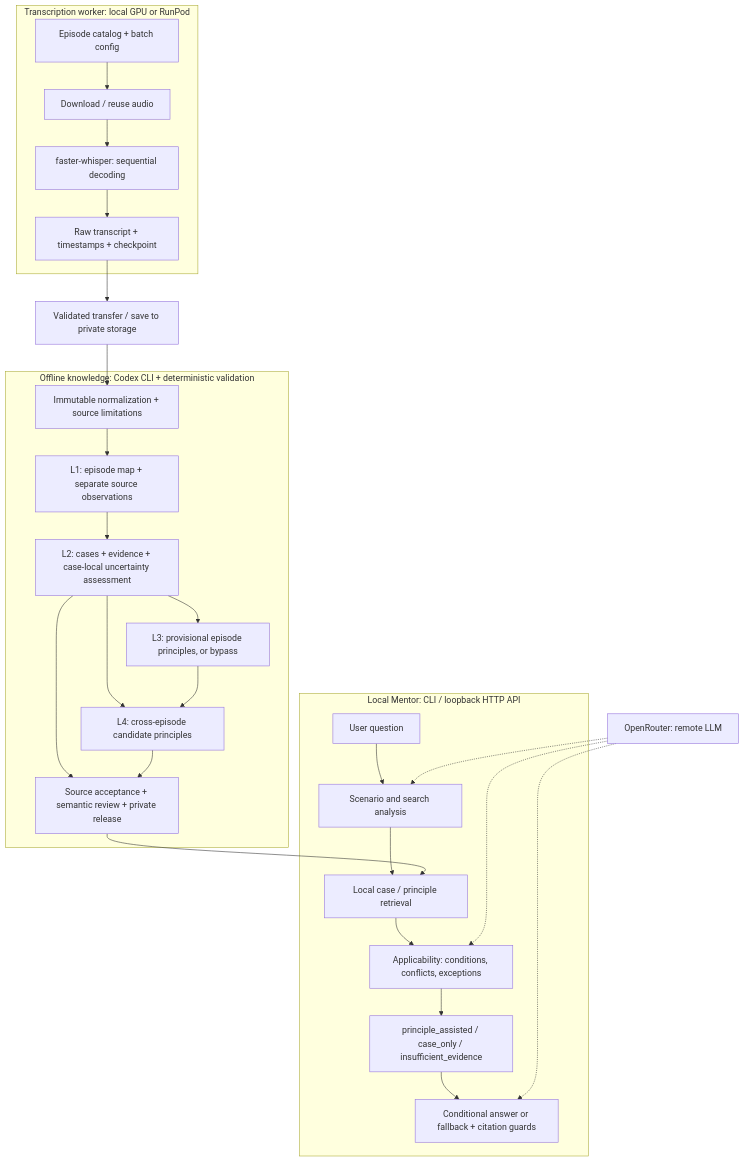
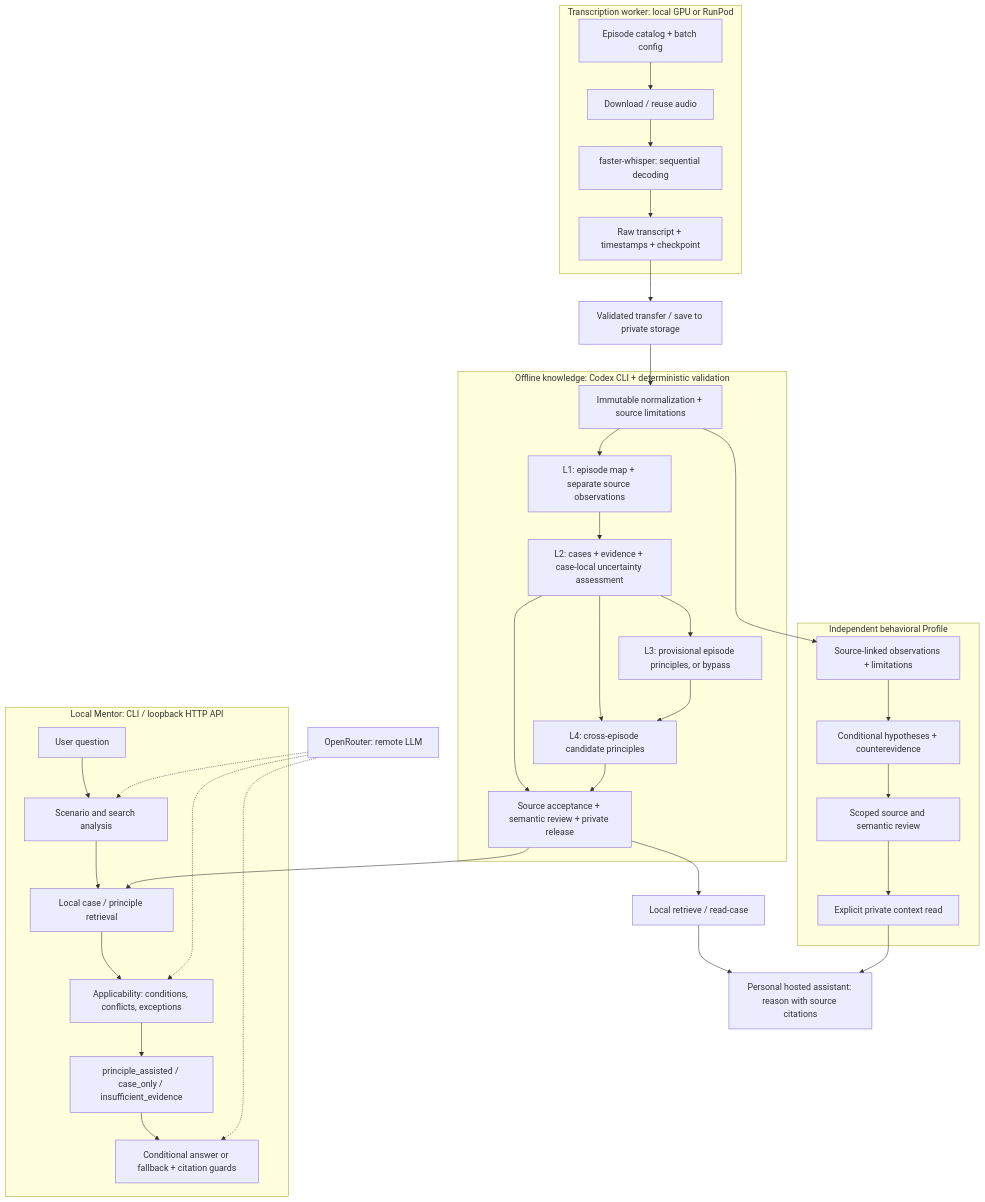
The diagram in README.md (arlcurten/Podcast-Speaker-AI-Investment-Mentor), drawn with Mermaid before and after one commit. The commit also changed other lines of this file and 1 other file, not shown here.

Commit message:
Document explicit reviewed Profile context for personal Mentor use

````diff
--- a/README.md
+++ b/README.md
@@ -145,34 +160,45 @@
 ```mermaid
 flowchart TD
     subgraph worker["Transcription worker: local GPU or RunPod"]
         catalog["Episode catalog + batch config"] --> audio["Download / reuse audio"]
         audio --> whisper["faster-whisper: sequential decoding"]
         whisper --> raw["Raw transcript + timestamps + checkpoint"]
     end
 
     raw --> privateRaw["Validated transfer / save to private storage"]
     privateRaw --> prepare["Immutable normalization + source limitations"]
 
     subgraph offline["Offline knowledge: Codex CLI + deterministic validation"]
         prepare --> l1["L1: episode map + separate source observations"]
         l1 --> l2["L2: cases + evidence + case-local uncertainty assessment"]
         l2 --> l3["L3: provisional episode principles, or bypass"]
         l2 --> l4["L4: cross-episode candidate principles"]
         l3 --> l4
         l2 --> release["Source acceptance + semantic review + private release"]
         l4 --> release
     end
 
+    subgraph profile["Independent behavioral Profile"]
+        prepare --> observations["Source-linked observations + limitations"]
+        observations --> hypotheses["Conditional hypotheses + counterevidence"]
+        hypotheses --> profileReview["Scoped source and semantic review"]
+        profileReview --> profileRead["Explicit private context read"]
+    end
+
+    release --> caseRead["Local retrieve / read-case"]
+    caseRead --> native["Personal hosted assistant: reason with source citations"]
+    profileRead --> native
+
     subgraph online["Local Mentor: CLI / loopback HTTP API"]
         question["User question"] --> analysis["Scenario and search analysis"]
         analysis --> retrieval["Local case / principle retrieval"]
         release --> retrieval
         retrieval --> applicability["Applicability: conditions, conflicts, exceptions"]
         applicability --> route["principle_assisted / case_only / insufficient_evidence"]
         route --> answer["Conditional answer or fallback + citation guards"]
     end
 
     llm["OpenRouter: remote LLM"] -.-> analysis
     llm -.-> applicability
     llm -.-> answer
 ```
````
